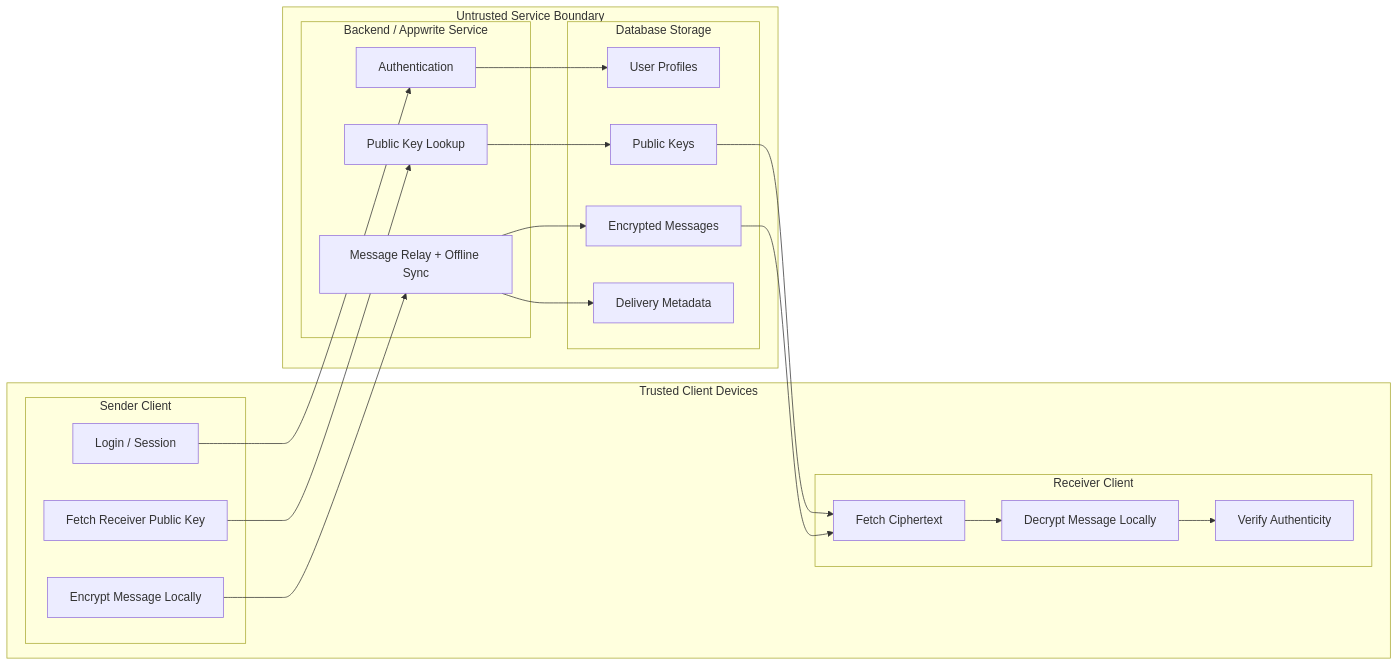
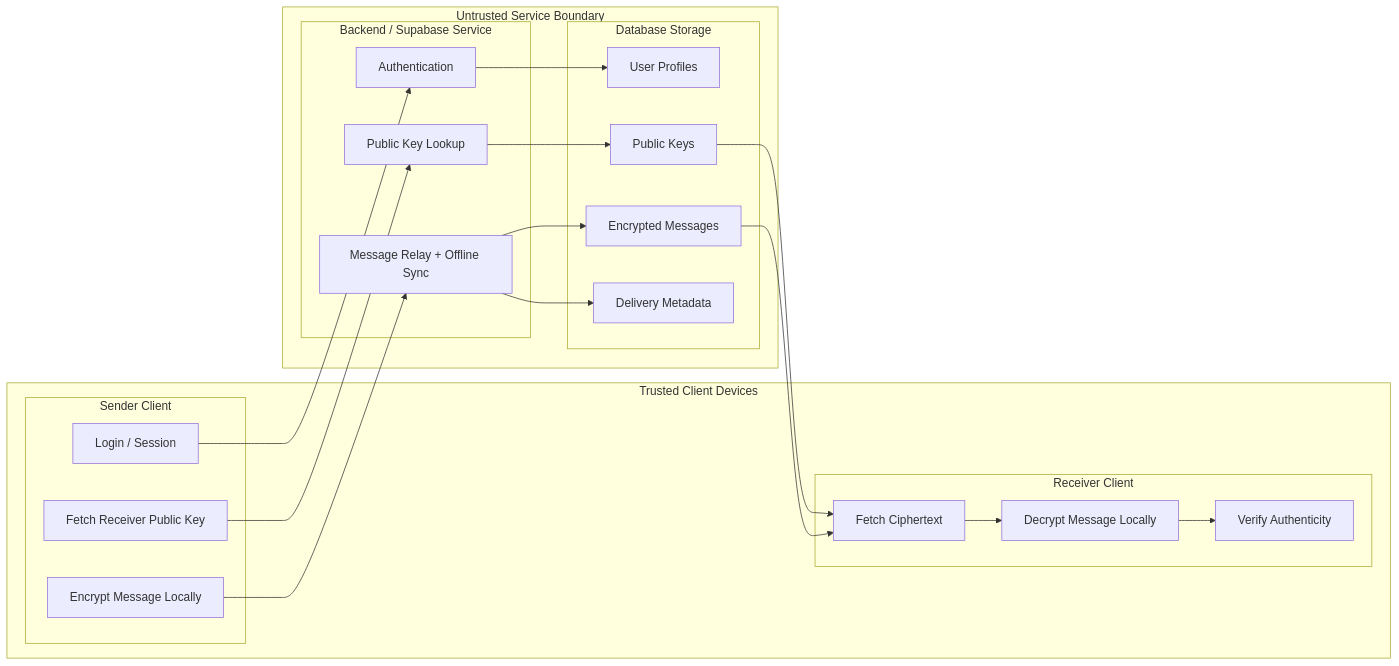
One commit to utksh1/Whispr changed the diagram in Docs/04_System_Architecture.md. Above: the diagram before and after it, drawn with Mermaid. The commit also changed other lines of this file and 39 other files, not shown here.

````diff
--- a/Docs/04_System_Architecture.md
+++ b/Docs/04_System_Architecture.md
@@ -31,42 +31,42 @@
 ```mermaid
 flowchart LR
   subgraph Clients["Trusted Client Devices"]
     subgraph Sender["Sender Client"]
       S1["Login / Session"]
       S2["Fetch Receiver Public Key"]
       S3["Encrypt Message Locally"]
     end
 
     subgraph Receiver["Receiver Client"]
       R1["Fetch Ciphertext"]
       R2["Decrypt Message Locally"]
       R3["Verify Authenticity"]
     end
   end
 
   subgraph Services["Untrusted Service Boundary"]
-    subgraph Backend["Backend / Appwrite Service"]
+    subgraph Backend["Backend / Supabase Service"]
       B1["Authentication"]
       B2["Public Key Lookup"]
       B3["Message Relay + Offline Sync"]
     end
 
     subgraph Database["Database Storage"]
       D1["User Profiles"]
       D2["Public Keys"]
       D3["Encrypted Messages"]
       D4["Delivery Metadata"]
     end
   end
 
   S1 --> B1
   S2 --> B2
   B2 --> D2
   S3 --> B3
   B1 --> D1
   B3 --> D3
   B3 --> D4
   D3 --> R1
   D2 --> R1
   R1 --> R2 --> R3
 ```
````
